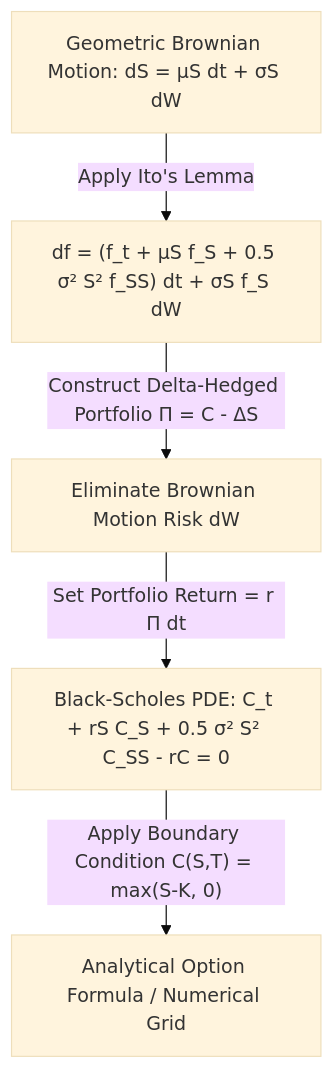
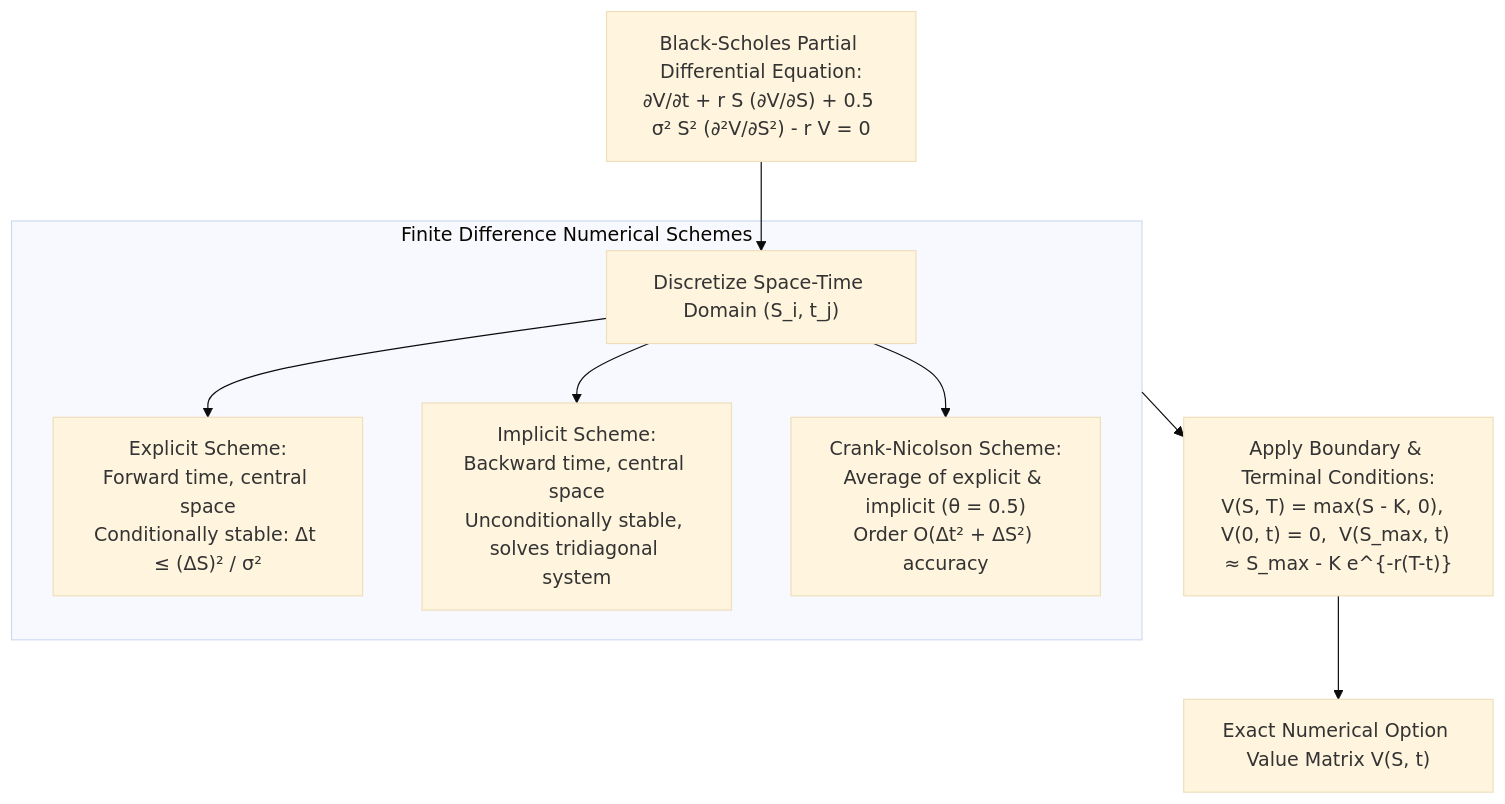
The third of 4 diagrams in 06_derivative_pricing/README.md (eggieinquant/wqu), drawn with Mermaid (base theme) before and after one commit. The commit also changed other lines of this file and 6 other files, not shown here.

Commit message:
docs: overhaul and standardize READMEs across all MScFE modules (01-08) with Mermaid architectures, LaTeX formulas, and complete lesson mappings

````diff
--- a/06_derivative_pricing/README.md
+++ b/06_derivative_pricing/README.md
@@ -46,7 +47,13 @@
 ```mermaid
 flowchart TD
-    GBM["Geometric Brownian Motion: dS = μS dt + σS dW"] -->|"Apply Ito's Lemma"| Ito["df = (f_t + μS f_S + 0.5 σ² S² f_SS) dt + σS f_S dW"]
-    Ito -->|"Construct Delta-Hedged Portfolio Π = C - ΔS"| Hedge["Eliminate Brownian Motion Risk dW"]
-    Hedge -->|"Set Portfolio Return = r Π dt"| BSpde["Black-Scholes PDE: C_t + rS C_S + 0.5 σ² S² C_SS - rC = 0"]
-    BSpde -->|"Apply Boundary Condition C(S,T) = max(S-K, 0)"| Solution["Analytical Option Formula / Numerical Grid"]
+    BS_PDE["Black-Scholes Partial Differential Equation:<br/>∂V/∂t + r S (∂V/∂S) + 0.5 σ² S² (∂²V/∂S²) - r V = 0"] --> Grid["Discretize Space-Time Domain (S_i, t_j)"]
+    
+    subgraph FDM_Schemes ["Finite Difference Numerical Schemes"]
+        Grid --> Explicit["Explicit Scheme:<br/>Forward time, central space<br/>Conditionally stable: Δt ≤ (ΔS)² / σ²"]
+        Grid --> Implicit["Implicit Scheme:<br/>Backward time, central space<br/>Unconditionally stable, solves tridiagonal system"]
+        Grid --> CrankNic["Crank-Nicolson Scheme:<br/>Average of explicit & implicit (θ = 0.5)<br/>Order O(Δt² + ΔS²) accuracy"]
+    end
+
+    FDM_Schemes --> Boundaries["Apply Boundary & Terminal Conditions:<br/>V(S, T) = max(S - K, 0),  V(0, t) = 0,  V(S_max, t) ≈ S_max - K e^{-r(T-t)}"]
+    Boundaries --> PriceMatrix["Exact Numerical Option Value Matrix V(S, t)"]
 ```
````
